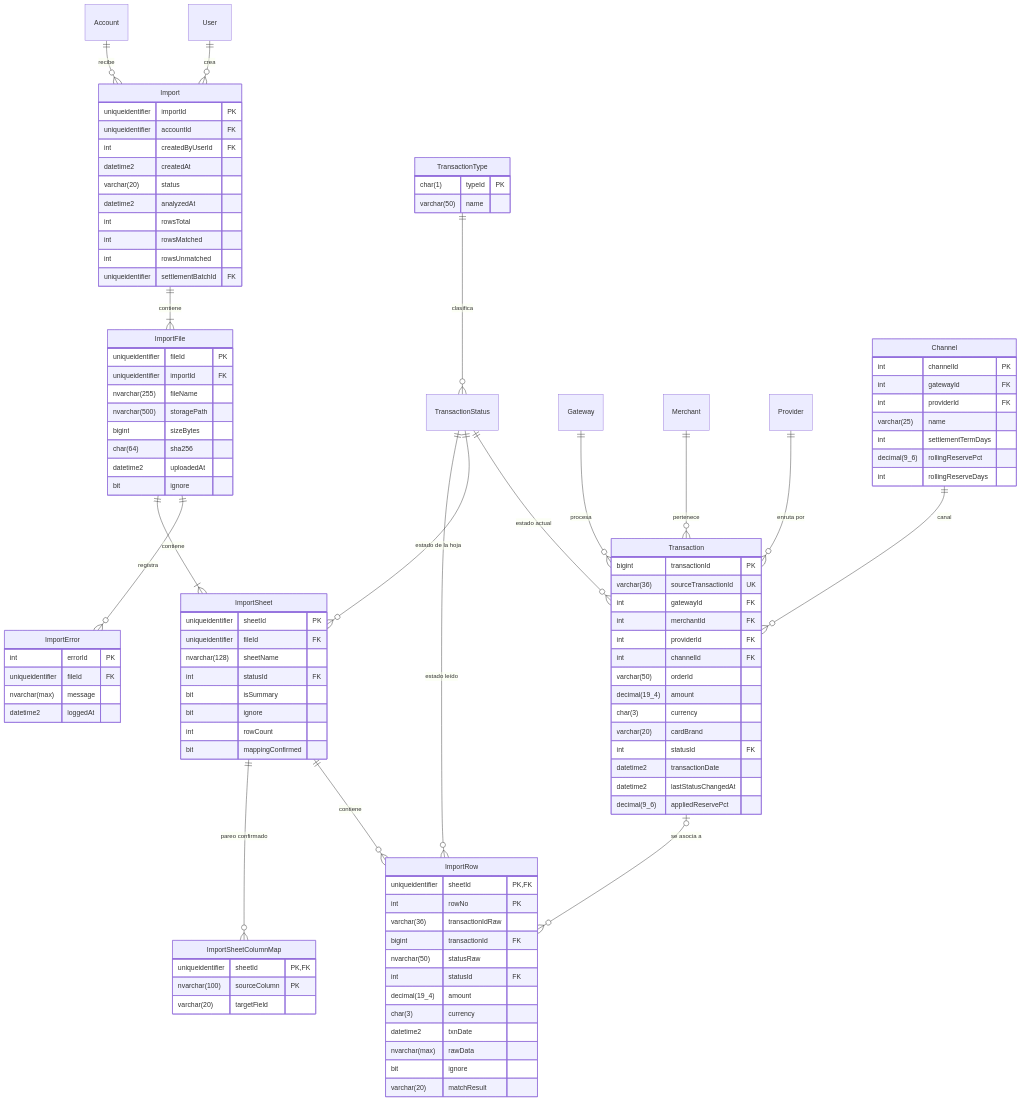
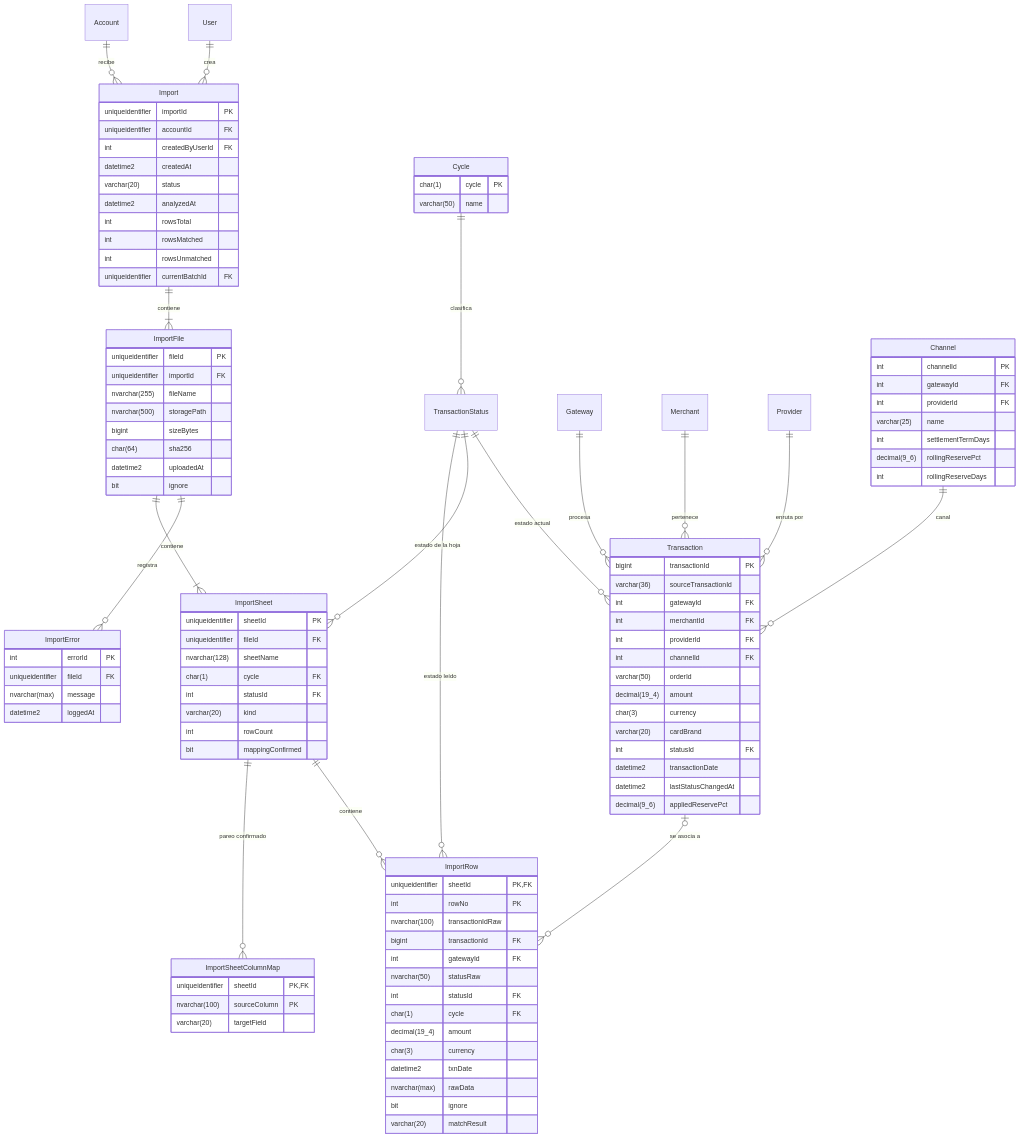
One commit to LIDR-academy-temp/AI4Devs-finalproject changed the eighth of 10 diagrams in readme.md. Above: the diagram before and after it, drawn with Mermaid. The commit also changed other lines of this file and 4 other files, not shown here.

```diff
--- a/readme.md
+++ b/readme.md
@@ -695,7 +683,7 @@
     TransactionStatus ||--o{ ImportRow : "estado leído"
     TransactionStatus ||--o{ ImportSheet : "estado de la hoja"
     TransactionStatus ||--o{ Transaction : "estado actual"
-    TransactionType ||--o{ TransactionStatus : "clasifica"
+    Cycle ||--o{ TransactionStatus : "clasifica"
     Gateway ||--o{ Transaction : "procesa"
     Merchant ||--o{ Transaction : "pertenece"
     Provider ||--o{ Transaction : "enruta por"
@@ -703,7 +691,7 @@
 
     Transaction {
         bigint transactionId PK
-        varchar(36) sourceTransactionId UK
+        varchar(36) sourceTransactionId
         int gatewayId FK
         int merchantId FK
         int providerId FK
@@ -717,8 +705,8 @@
         datetime2 lastStatusChangedAt
         decimal(9_6) appliedReservePct
     }
-    TransactionType {
-        char(1) typeId PK
+    Cycle {
+        char(1) cycle PK
         varchar(50) name
     }
     Channel {
@@ -740,7 +728,7 @@
         int rowsTotal
         int rowsMatched
         int rowsUnmatched
-        uniqueidentifier settlementBatchId FK
+        uniqueidentifier currentBatchId FK
     }
     ImportFile {
         uniqueidentifier fileId PK
@@ -756,9 +744,9 @@
         uniqueidentifier sheetId PK
         uniqueidentifier fileId FK
         nvarchar(128) sheetName
+        char(1) cycle FK
         int statusId FK
-        bit isSummary
-        bit ignore
+        varchar(20) kind
         int rowCount
         bit mappingConfirmed
     }
@@ -770,10 +758,12 @@
     ImportRow {
         uniqueidentifier sheetId PK, FK
         int rowNo PK
-        varchar(36) transactionIdRaw
+        nvarchar(100) transactionIdRaw
         bigint transactionId FK
+        int gatewayId FK
         nvarchar(50) statusRaw
         int statusId FK
+        char(1) cycle FK
         decimal(19_4) amount
         char(3) currency
         datetime2 txnDate
```
